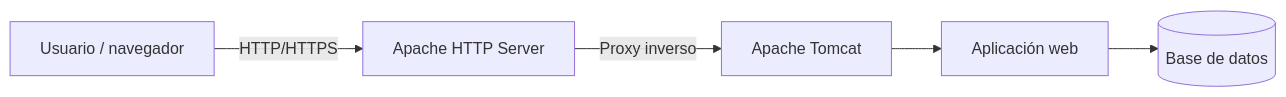
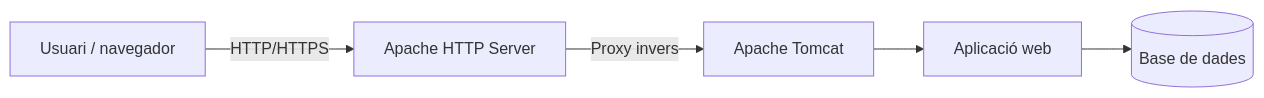
The diagram in docs/daw-daw/up3/index.md (jordicido/jordicina), drawn with Mermaid before and after one commit. The commit also changed other lines of this file and 10 other files, not shown here.

````diff
--- a/docs/daw-daw/up3/index.md
+++ b/docs/daw-daw/up3/index.md
@@ -44,7 +44,7 @@
 ```mermaid
 flowchart LR
-    U[Usuario / navegador] -->|HTTP/HTTPS| A[Apache HTTP Server]
-    A -->|Proxy inverso| T[Apache Tomcat]
-    T --> APP[Aplicación web]
-    APP --> DB[(Base de datos)]
+    U[Usuari / navegador] -->|HTTP/HTTPS| A[Apache HTTP Server]
+    A -->|Proxy invers| T[Apache Tomcat]
+    T --> APP[Aplicació web]
+    APP --> DB[(Base de dades)]
 ```
````
